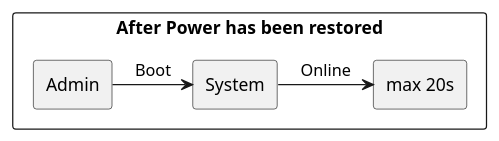
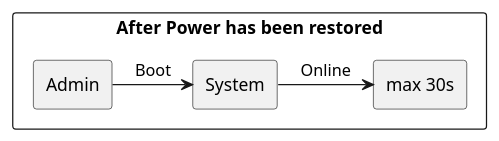
The second of 11 diagrams in src/sa/model/index.md (USI-MSDE-SA-2023/sa--Simone-Piatti), drawn with PlantUML before and after one commit. The commit also changed other lines of this file, not shown here.

````diff
--- a/src/sa/model/index.md
+++ b/src/sa/model/index.md
@@ -145,20 +145,20 @@
 ```puml
 @startuml
 
 skinparam componentStyle rectangle
 skinparam monochrome true
 skinparam shadowing false
 
 rectangle "After Power has been restored" {
 
 rectangle "Admin" as Source
-rectangle "max 20s" as Measure
+rectangle "max 30s" as Measure
 
 Source -> [System] : "Boot"
 
 [System] -> [Measure] : "Online"
 
 }
 
 @enduml
 ```
````
